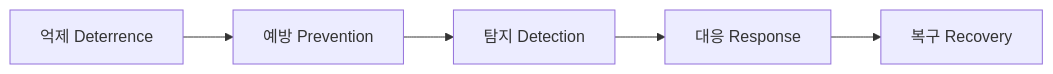
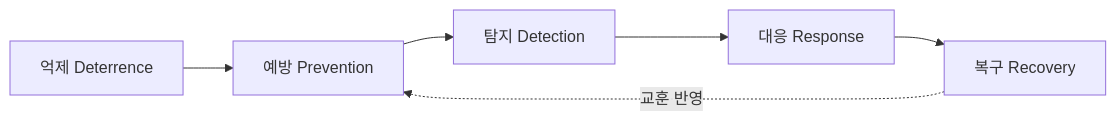
The second of 2 diagrams in content/information-security-policy.md (coninggu/wjdqhrhksflrltnftk), drawn with Mermaid before and after one commit. The commit also changed other lines of this file and 5 other files, not shown here.

````diff
--- a/content/information-security-policy.md
+++ b/content/information-security-policy.md
@@ -28,7 +32,8 @@
 ```mermaid
 flowchart LR
   D[억제 Deterrence] --> P[예방 Prevention]
   P --> DT[탐지 Detection]
   DT --> R[대응 Response]
   R --> RC[복구 Recovery]
+  RC -.교훈 반영.-> P
 ```
````
